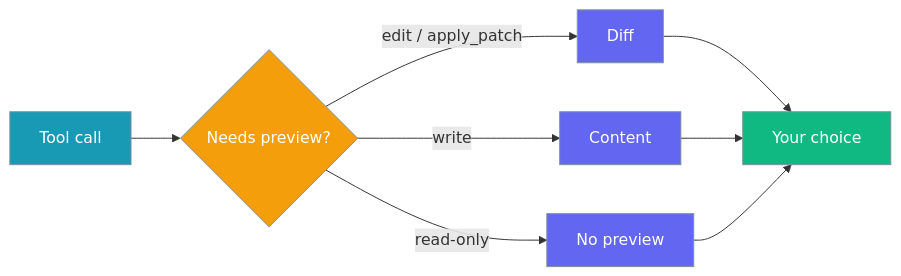
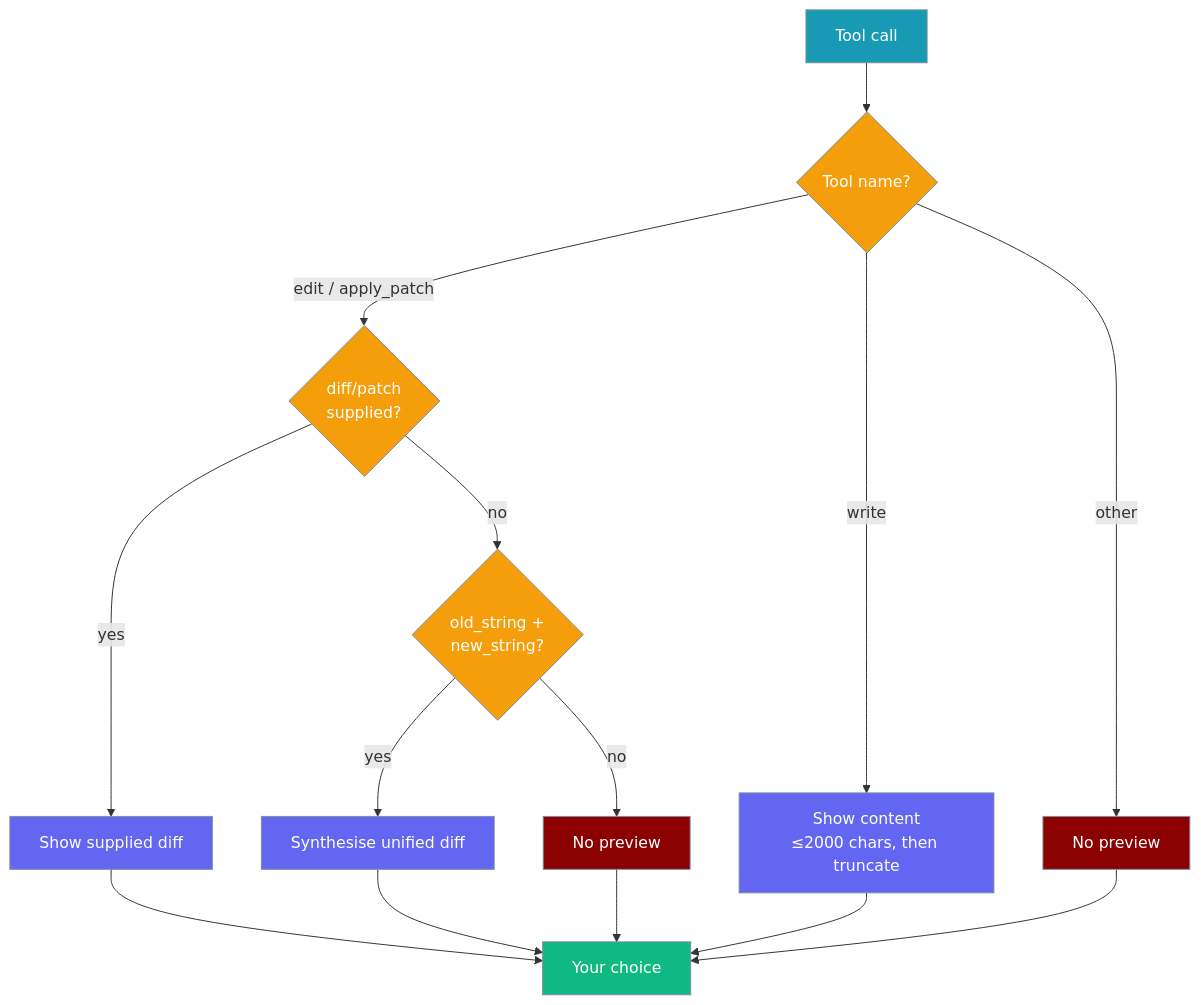
One commit to MervinPraison/PraisonAIDocs changed the fourth of 6 diagrams in docs/features/interactive-approval.mdx. Above: the diagram before and after it, drawn with Mermaid. The commit also changed other lines of this file, not shown here.

Commit message:
docs: update Change Preview for synthesised-diff fallback and markup-escape (fixes #2194)

````diff
--- a/docs/features/interactive-approval.mdx
+++ b/docs/features/interactive-approval.mdx
@@ -240,20 +255,29 @@
 ```mermaid
-graph LR
-    A[Tool call] --> B{Needs preview?}
-    B -->|edit / apply_patch| C[Diff]
-    B -->|write| D[Content]
-    B -->|read-only| E[No preview]
-    C --> F[Your choice]
-    D --> F
-    E --> F
+graph TB
+    A[Tool call] --> B{Tool name?}
+    B -->|edit / apply_patch| C{diff/patch<br/>supplied?}
+    C -->|yes| D[Show supplied diff]
+    C -->|no| E{old_string +<br/>new_string?}
+    E -->|yes| F[Synthesise unified diff]
+    E -->|no| G[No preview]
+    B -->|write| H[Show content<br/>≤2000 chars, then truncate]
+    B -->|other| I[No preview]
+
+    D --> Z[Your choice]
+    F --> Z
+    G --> Z
+    H --> Z
+    I --> Z
 
     classDef tool fill:#189AB4,stroke:#7C90A0,color:#fff
     classDef check fill:#F59E0B,stroke:#7C90A0,color:#fff
     classDef prev fill:#6366F1,stroke:#7C90A0,color:#fff
+    classDef nopre fill:#8B0000,stroke:#7C90A0,color:#fff
     classDef ok fill:#10B981,stroke:#7C90A0,color:#fff
 
     class A tool
-    class B check
-    class C,D,E prev
-    class F ok
+    class B,C,E check
+    class D,F,H prev
+    class G,I nopre
+    class Z ok
 ```
````
